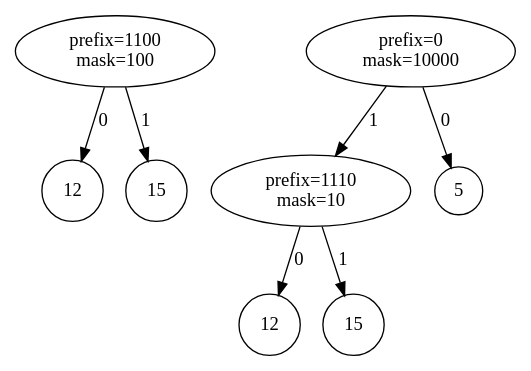
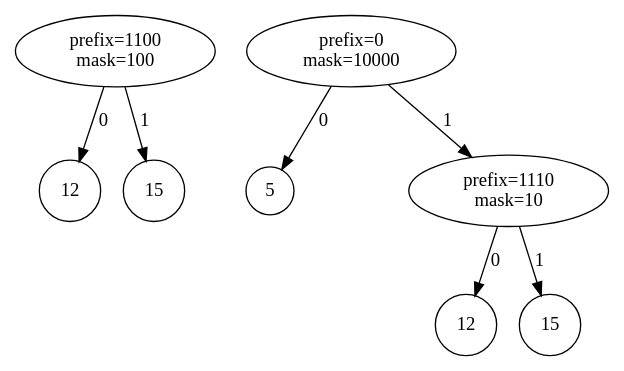
The diagram in datastruct/tree/trie/img/int-patricia-insert-d.dot (liuxinyu95/AlgoXY), drawn with Graphviz before and after one commit. The commit also changed 1 other file, not shown here.

```diff
--- a/datastruct/tree/trie/img/int-patricia-insert-d.dot
+++ b/datastruct/tree/trie/img/int-patricia-insert-d.dot
@@ -1,16 +1,19 @@
 digraph G{
 	node[shape=circle];
 	root[label="prefix=1100\nmask=100", shape=ellipse];
 	root->12[label="0"];
 	root->15[label="1"];
 
 	r2[label="prefix=0\nmask=10000", shape=ellipse];
 	{rank=same; root; r2}
+    5[label="5"]
+    bm[style=invis]
 	b1[label="prefix=1110\nmask=10", shape=ellipse];
 	r2->5[label="0"];
+    r2->bm[style=invis]
 	r2->b1[label="1"];
 	b12[label="12"];
 	b1->b12[label="0"];
 	b15[label="15"];
 	b1->b15[label="1"];
 }
```
